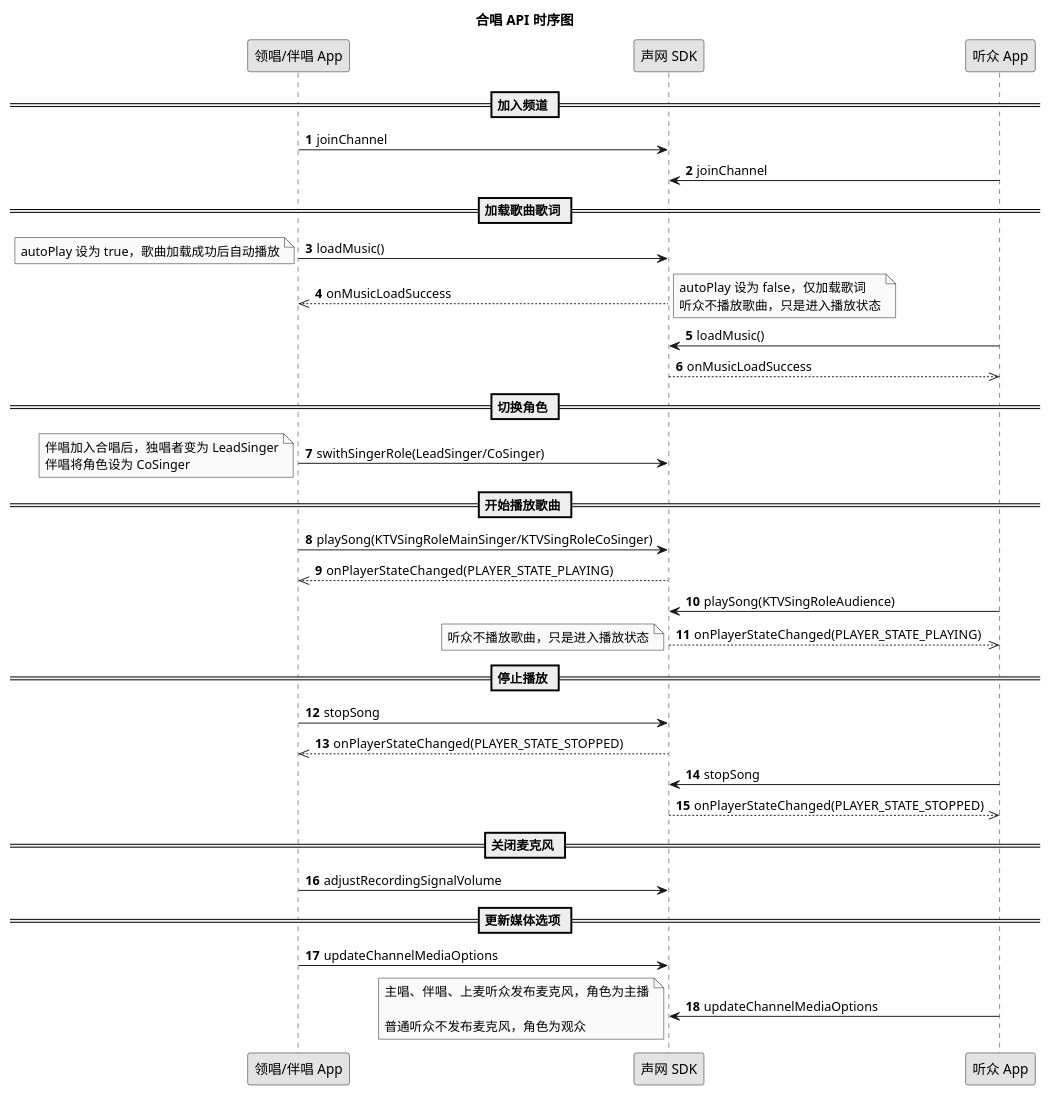
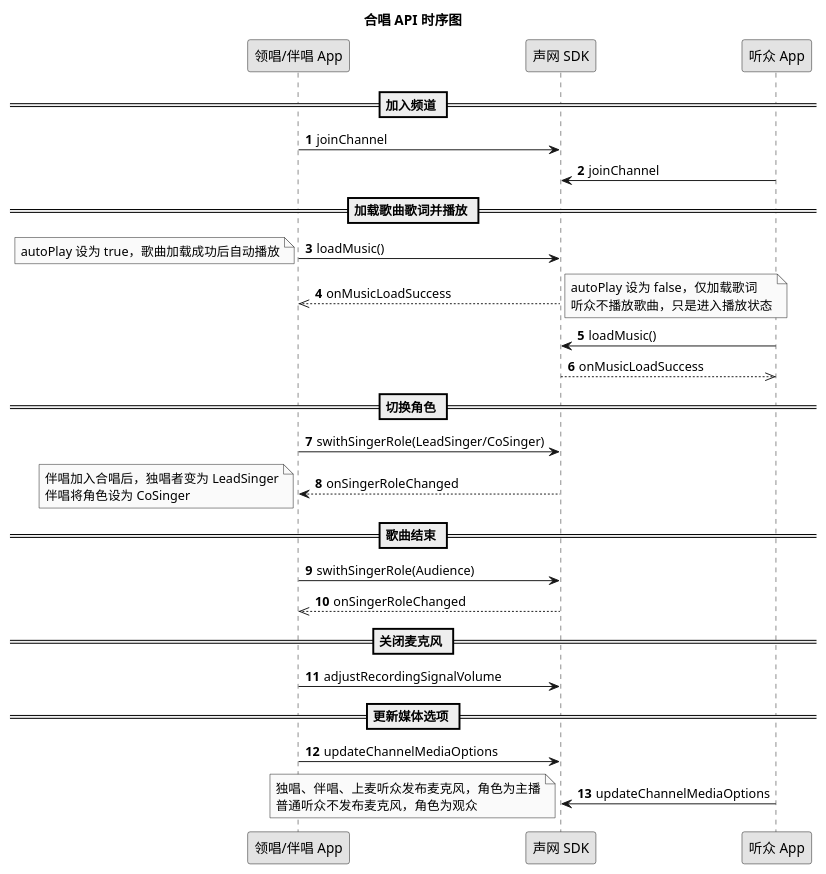
Before and after one commit to AgoraIO/agora_doc_source: the diagram in markdown/online-ktv/改进/场景化方案/Android/实现文档/合唱.wsd, drawn with PlantUML. The commit also changed 3 other files, not shown here.

```diff
--- a/markdown/online-ktv/改进/场景化方案/Android/实现文档/合唱.wsd
+++ b/markdown/online-ktv/改进/场景化方案/Android/实现文档/合唱.wsd
@@ -1,53 +1,42 @@
 @startuml
 title 合唱 API 时序图
 autonumber
 skinparam monochrome true
 participant "领唱/伴唱 App" as a
 participant "声网 SDK" as b
 participant "听众 App" as c
 == 加入频道 ==
 a -> b: joinChannel
 c -> b: joinChannel
-== 加载歌曲歌词 ==
+== 加载歌曲歌词并播放 ==
 a -> b: loadMusic()
 note left
 autoPlay 设为 true，歌曲加载成功后自动播放
 end note
 b -->> a: onMusicLoadSuccess
 note right
 autoPlay 设为 false，仅加载歌词
 听众不播放歌曲，只是进入播放状态
 end note
 c -> b: loadMusic()
 b -->> c: onMusicLoadSuccess
 == 切换角色 ==
 a -> b:swithSingerRole(LeadSinger/CoSinger)
+b --> a: onSingerRoleChanged
 note left
 伴唱加入合唱后，独唱者变为 LeadSinger
 伴唱将角色设为 CoSinger
 end note
-
-== 开始播放歌曲 ==
-a -> b: playSong(KTVSingRoleMainSinger/KTVSingRoleCoSinger)
-b -->> a: onPlayerStateChanged(PLAYER_STATE_PLAYING)
-c -> b: playSong(KTVSingRoleAudience)
-b -->> c: onPlayerStateChanged(PLAYER_STATE_PLAYING)
-note left
-听众不播放歌曲，只是进入播放状态
-end note
-== 停止播放 ==
-a -> b: stopSong
-b -->> a: onPlayerStateChanged(PLAYER_STATE_STOPPED)
-c -> b: stopSong
-b -->> c: onPlayerStateChanged(PLAYER_STATE_STOPPED)
+== 歌曲结束 ==
+a -> b: swithSingerRole(Audience)
+b -->> a: onSingerRoleChanged
 == 关闭麦克风 ==
 a -> b: adjustRecordingSignalVolume
 == 更新媒体选项 ==
 a -> b: updateChannelMediaOptions
 c -> b: updateChannelMediaOptions
 note left
-主唱、伴唱、上麦听众发布麦克风，角色为主播
-
+独唱、伴唱、上麦听众发布麦克风，角色为主播
 普通听众不发布麦克风，角色为观众
 end note
 @enduml
```
